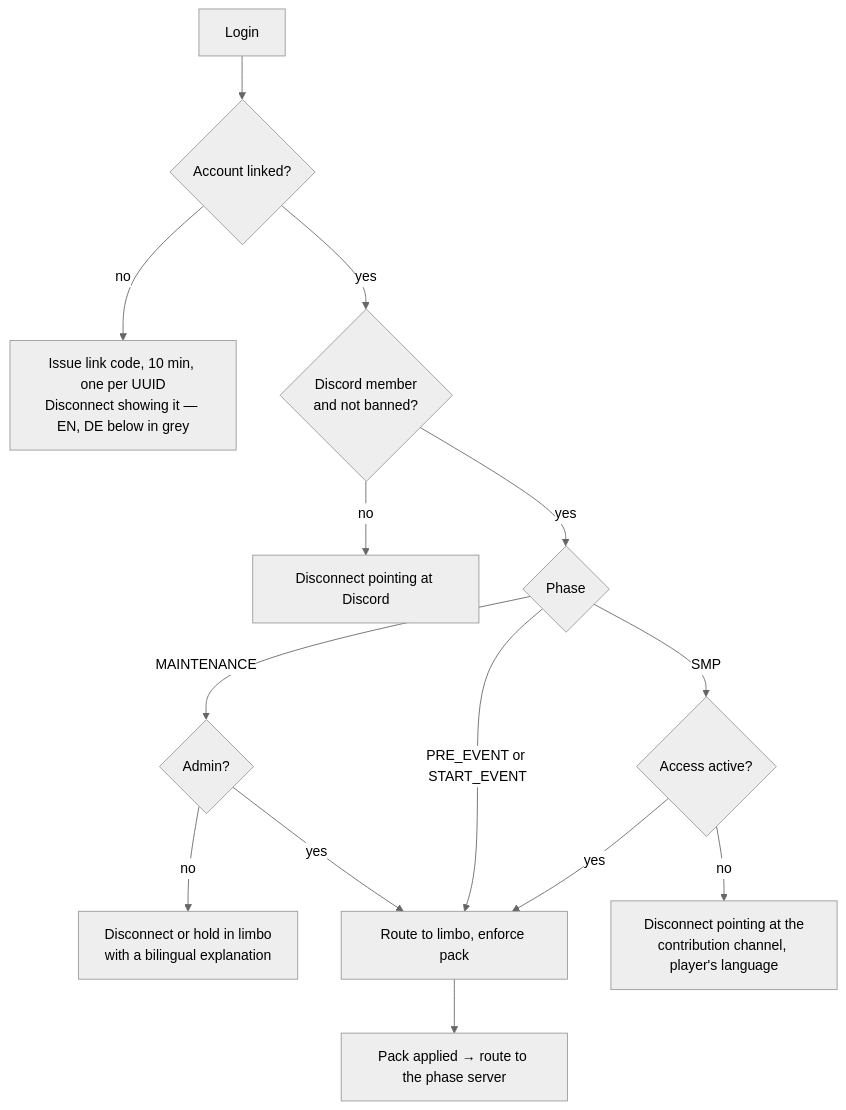
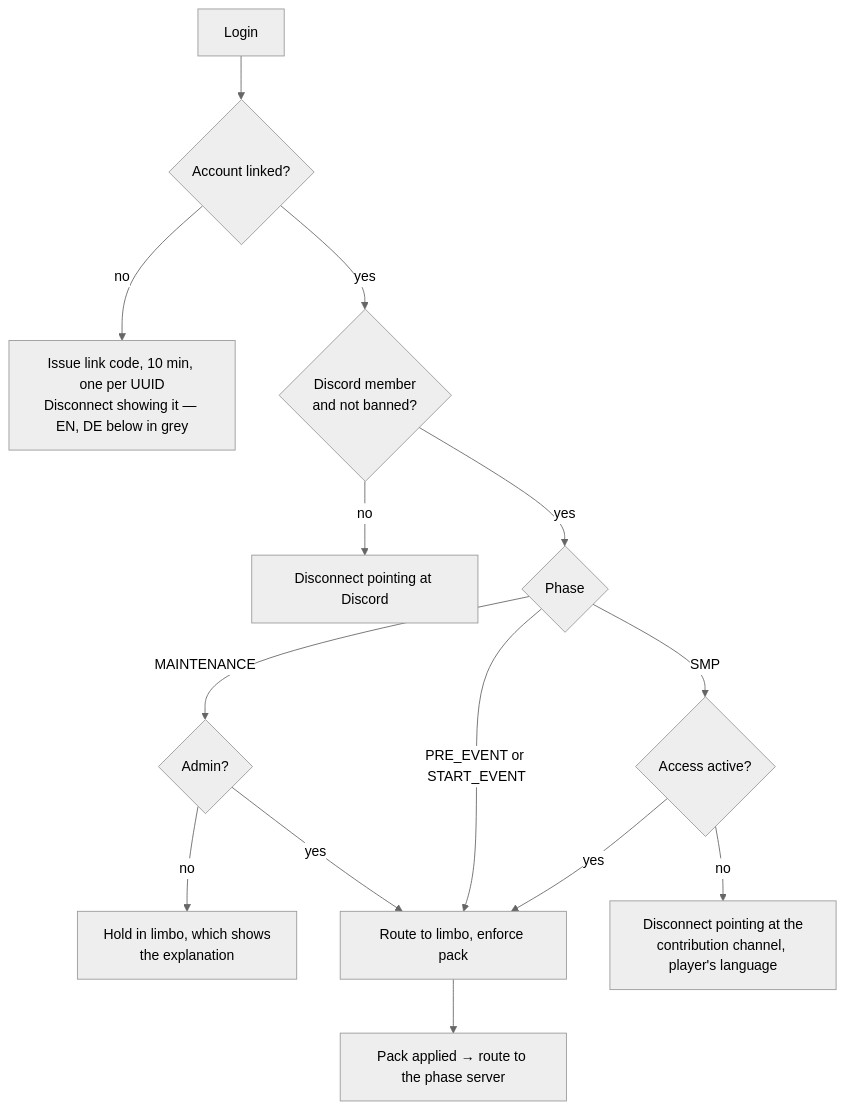
One commit to nordtal/season-2 changed the second of 3 diagrams in docs/season-phases.md. Above: the diagram before and after it, drawn with Mermaid (neutral theme). The commit also changed other lines of this file and 3 other files, not shown here.

````diff
--- a/docs/season-phases.md
+++ b/docs/season-phases.md
@@ -44,16 +55,16 @@
 ```mermaid
 flowchart TD
     A["Login"] --> B{"Account linked?"}
     B -->|no| B1["Issue link code, 10 min, one per UUID<br/>Disconnect showing it — EN, DE below in grey"]
     B -->|yes| C{"Discord member<br/>and not banned?"}
     C -->|no| C1["Disconnect pointing at Discord"]
     C -->|yes| D{"Phase"}
     D -->|MAINTENANCE| D1{"Admin?"}
-    D1 -->|no| D2["Disconnect or hold in limbo<br/>with a bilingual explanation"]
+    D1 -->|no| D2["Hold in limbo, which shows<br/>the explanation"]
     D1 -->|yes| F
     D -->|PRE_EVENT or START_EVENT| F["Route to limbo, enforce pack"]
     D -->|SMP| E{"Access active?"}
     E -->|no| E1["Disconnect pointing at the<br/>contribution channel, player's language"]
     E -->|yes| F
     F --> G["Pack applied → route to the phase server"]
 ```
````
